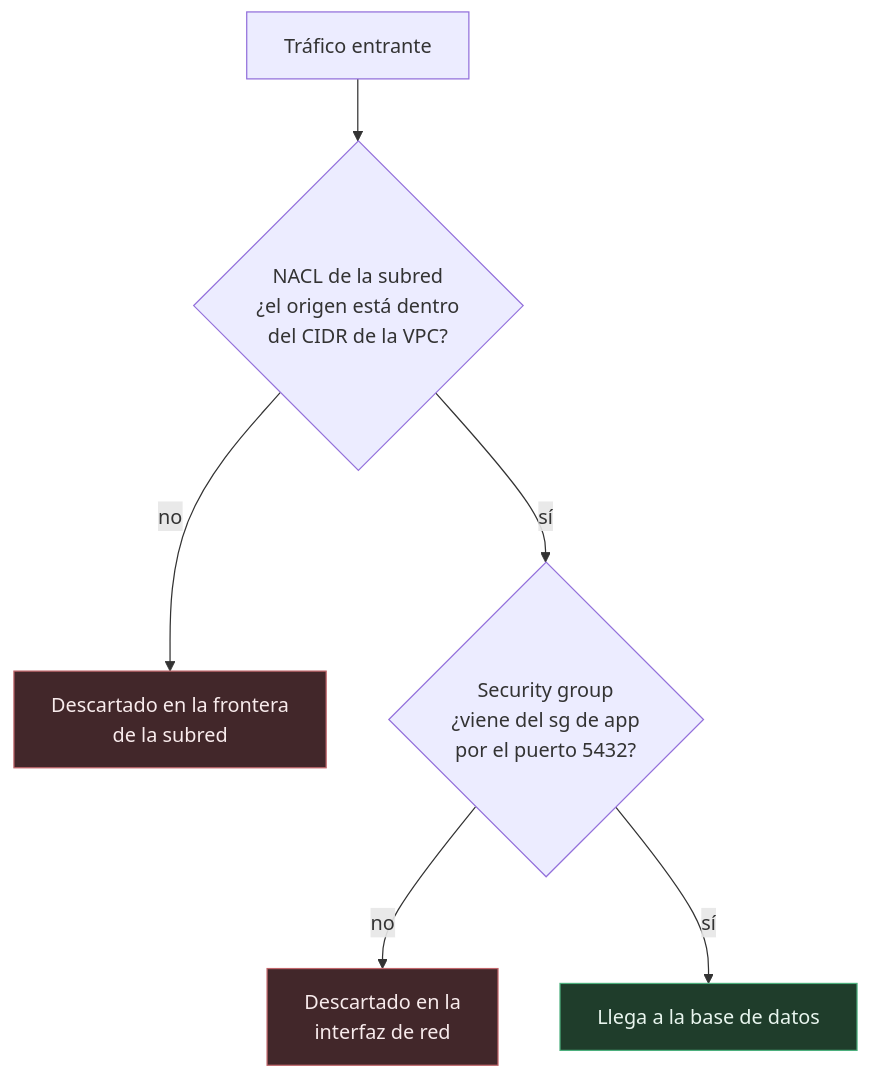
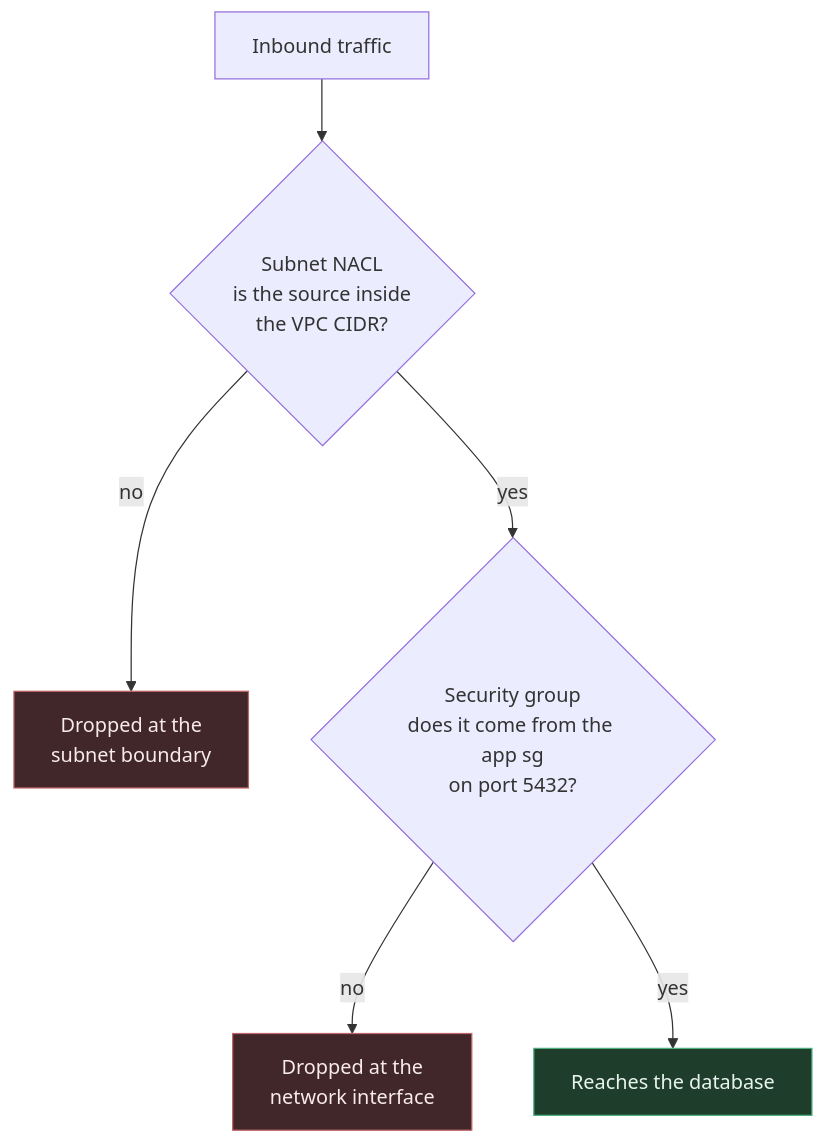
One commit to Rxcxrdx/aws-three-tier-vpc-terraform changed the sixth of 6 diagrams in README.md. Above: the diagram before and after it, drawn with Mermaid. The commit also changed other lines of this file, not shown here.

````diff
--- a/README.md
+++ b/README.md
@@ -326,12 +337,12 @@
 ```mermaid
 flowchart TB
-    T["Tráfico entrante"] --> N{"NACL de la subred<br/>¿el origen está dentro<br/>del CIDR de la VPC?"}
-    N -->|"no"| X1["Descartado en la frontera<br/>de la subred"]
-    N -->|"sí"| S{"Security group<br/>¿viene del sg de app<br/>por el puerto 5432?"}
-    S -->|"no"| X2["Descartado en la<br/>interfaz de red"]
-    S -->|"sí"| OK["Llega a la base de datos"]
+    T["Inbound traffic"] --> N{"Subnet NACL<br/>is the source inside<br/>the VPC CIDR?"}
+    N -->|"no"| X1["Dropped at the<br/>subnet boundary"]
+    N -->|"yes"| S{"Security group<br/>does it come from the app sg<br/>on port 5432?"}
+    S -->|"no"| X2["Dropped at the<br/>network interface"]
+    S -->|"yes"| OK["Reaches the database"]
 
     style X1 fill:#42272a,stroke:#c1666b,color:#f8ebec
     style X2 fill:#42272a,stroke:#c1666b,color:#f8ebec
     style OK fill:#1f3d2b,stroke:#4caf7d,color:#e8f5ee
 ```
````
